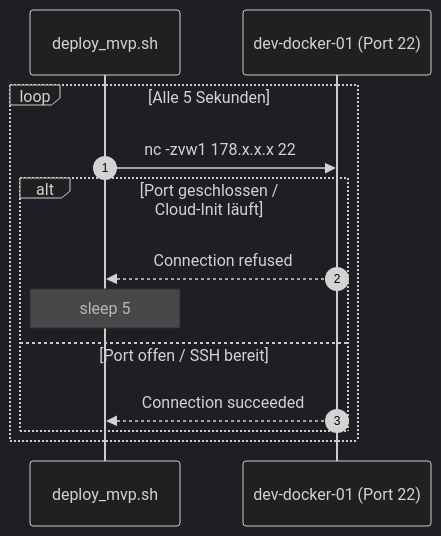
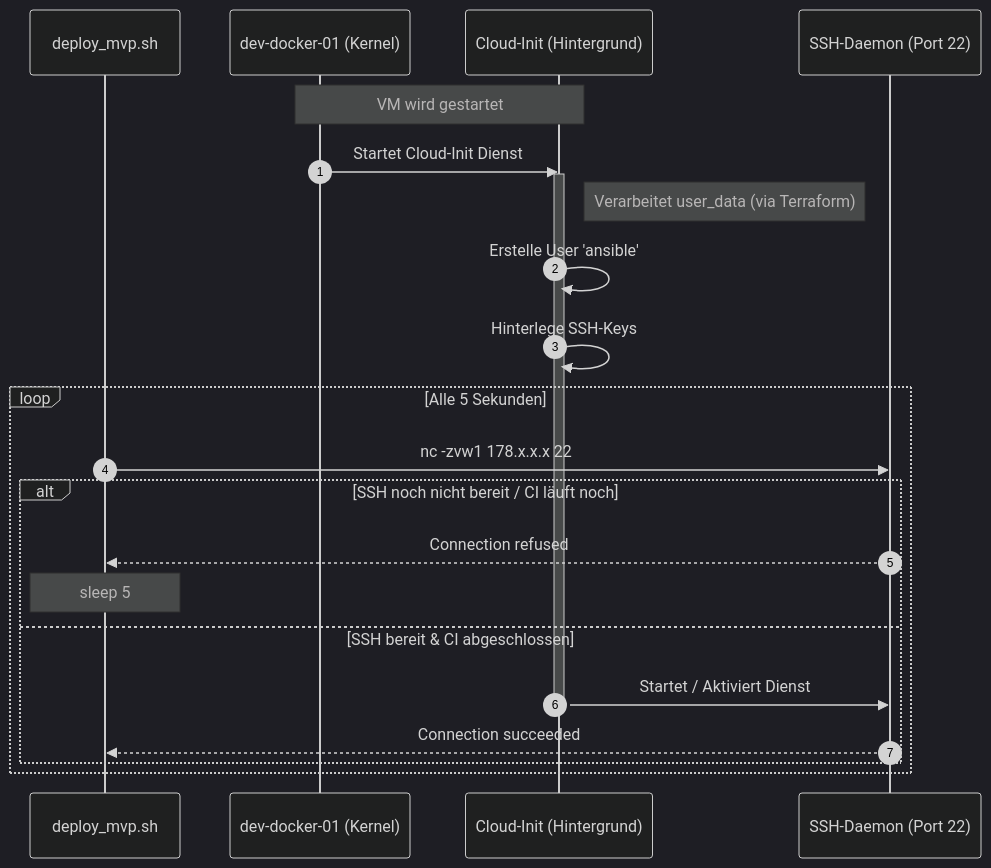
The fourth of 5 diagrams in doc/architecture.md (Light89/infra), drawn with Mermaid (dark theme) before and after one commit. The commit also changed other lines of this file, not shown here.

Commit message:
docs: add cloud-init execution details to architecture.md

````diff
--- a/doc/architecture.md
+++ b/doc/architecture.md
@@ -136,16 +136,27 @@
 ```mermaid
 sequenceDiagram
     autonumber
     participant Script as deploy_mvp.sh
-    participant VM as dev-docker-01 (Port 22)
+    participant VM as dev-docker-01 (Kernel)
+    participant CI as Cloud-Init (Hintergrund)
+    participant SSH as SSH-Daemon (Port 22)
 
+    Note over VM,CI: VM wird gestartet
+    VM->>CI: Startet Cloud-Init Dienst
+    activate CI
+    Note right of CI: Verarbeitet user_data (via Terraform)
+    CI->>CI: Erstelle User 'ansible'
+    CI->>CI: Hinterlege SSH-Keys
+    
     loop Alle 5 Sekunden
-        Script->>VM: nc -zvw1 178.x.x.x 22
-        alt Port geschlossen / Cloud-Init läuft
-            VM-->>Script: Connection refused
+        Script->>SSH: nc -zvw1 178.x.x.x 22
+        alt SSH noch nicht bereit / CI läuft noch
+            SSH-->>Script: Connection refused
             Note over Script: sleep 5
-        else Port offen / SSH bereit
-            VM-->>Script: Connection succeeded
+        else SSH bereit & CI abgeschlossen
+            CI->>SSH: Startet / Aktiviert Dienst
+            deactivate CI
+            SSH-->>Script: Connection succeeded
         end
     end
 ```
````
